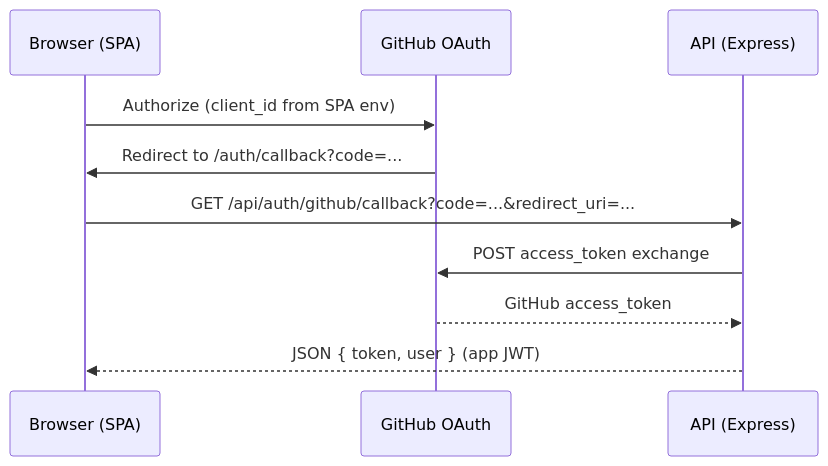
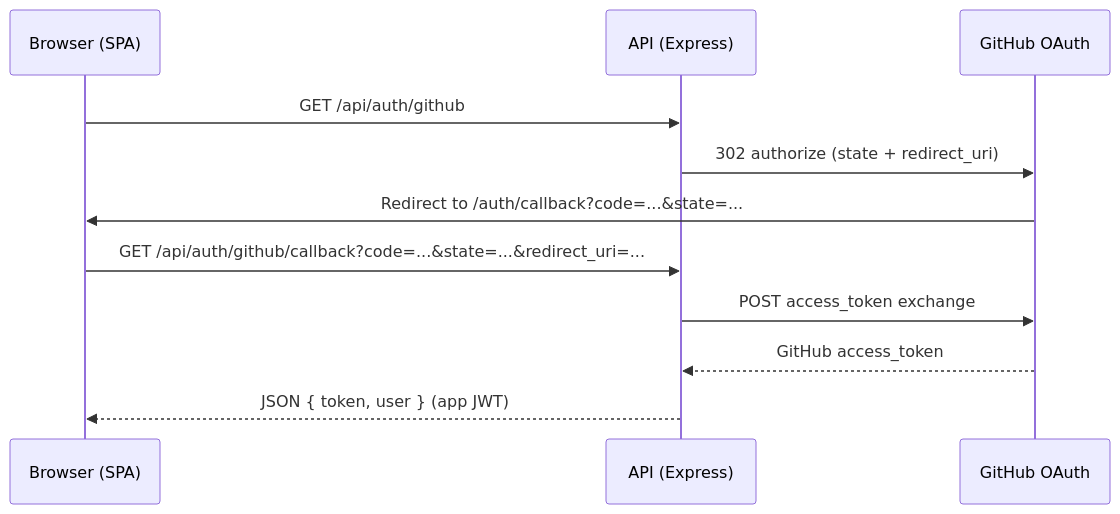
One commit to dijanahasanii/AI-Powered-Code-Review-Assistant changed the diagram in docs/diagrams/oauth_flow.md. Above: the diagram before and after it, drawn with Mermaid. The commit also changed other lines of this file and 34 other files, not shown here.

````diff
--- a/docs/diagrams/oauth_flow.md
+++ b/docs/diagrams/oauth_flow.md
@@ -15,13 +15,14 @@
 ```mermaid
 sequenceDiagram
   participant U as Browser (SPA)
+  participant A as API (Express)
   participant G as GitHub OAuth
-  participant A as API (Express)
 
-  U->>G: Authorize (client_id from SPA env)
-  G->>U: Redirect to /auth/callback?code=...
-  U->>A: GET /api/auth/github/callback?code=...&redirect_uri=...
+  U->>A: GET /api/auth/github
+  A->>G: 302 authorize (state + redirect_uri)
+  G->>U: Redirect to /auth/callback?code=...&state=...
+  U->>A: GET /api/auth/github/callback?code=...&state=...&redirect_uri=...
   A->>G: POST access_token exchange
   G-->>A: GitHub access_token
   A-->>U: JSON { token, user } (app JWT)
 ```
````
